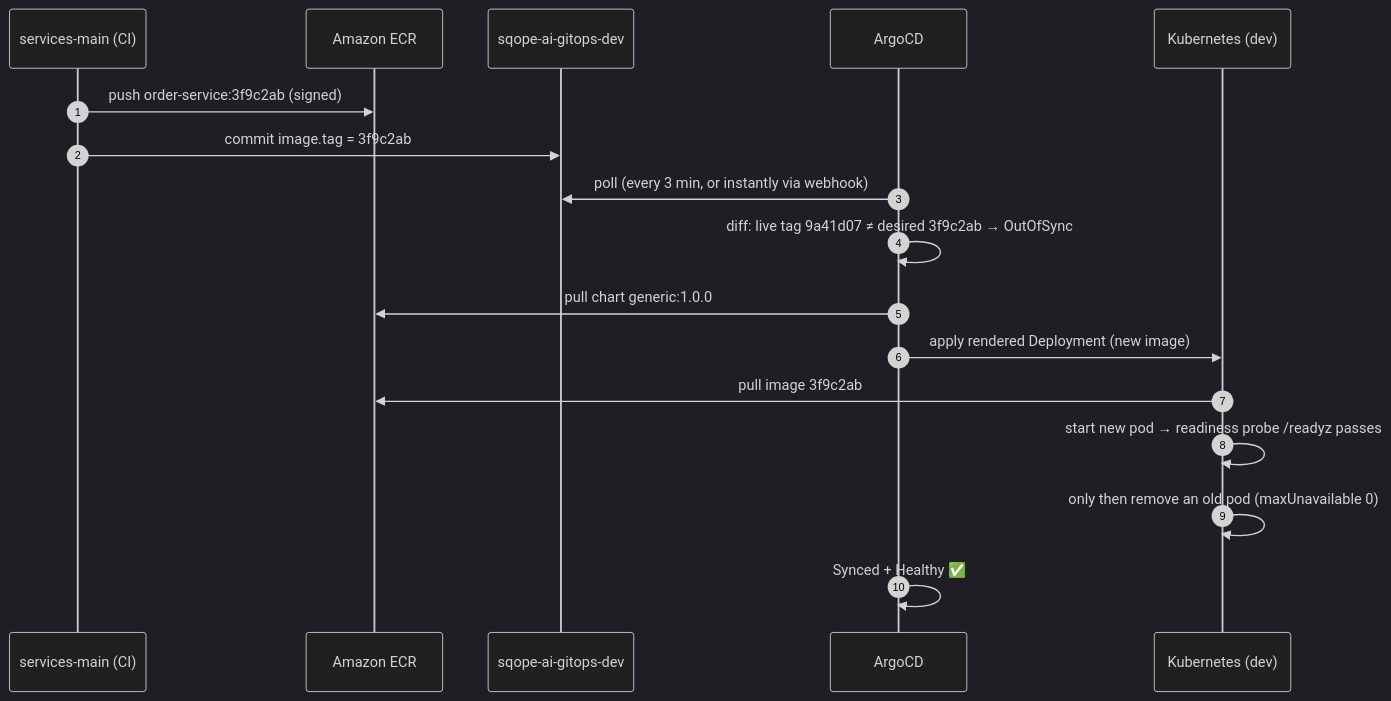
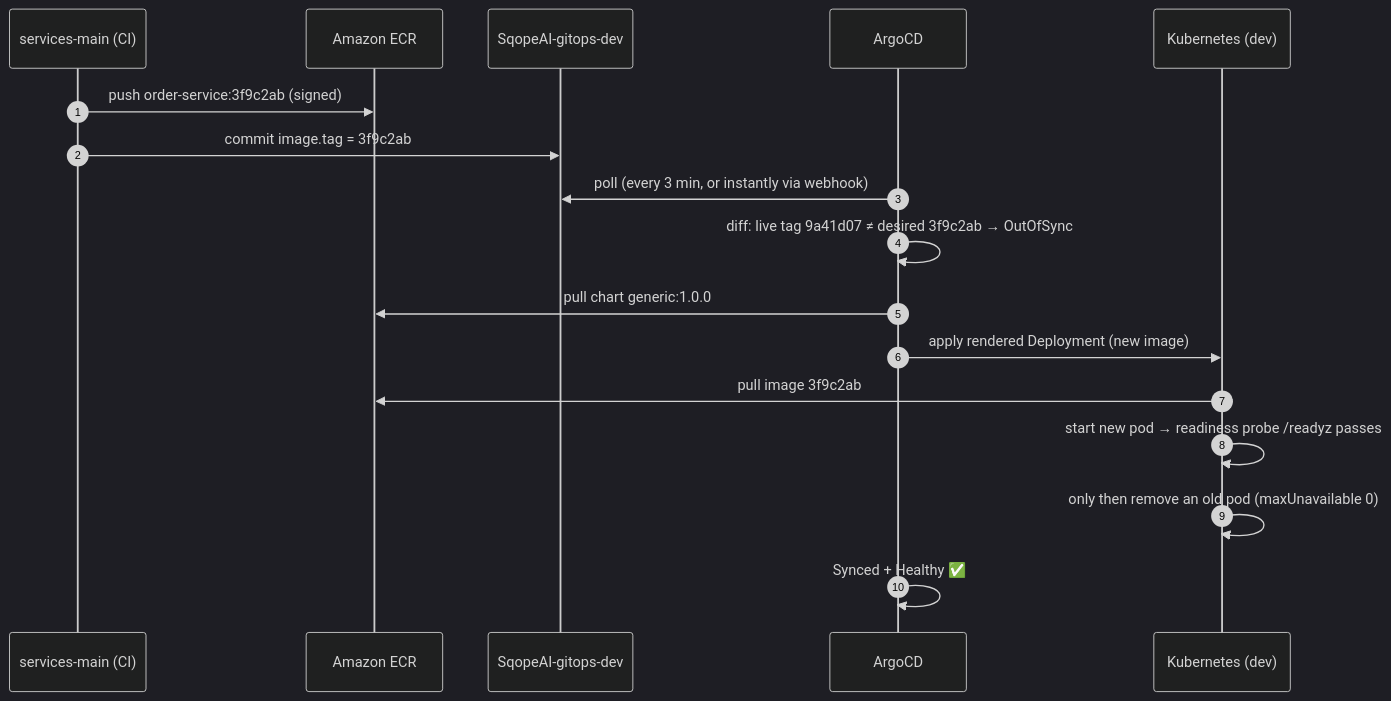
One commit to gologolo24/SqopeAI changed the fifth of 6 diagrams in README-CICD.md. Above: the diagram before and after it, drawn with Mermaid (dark theme). The commit also changed other lines of this file and 8 other files, not shown here.

First line of the commit message:
chore: rename repos to SqopeAI-infra and SqopeAI-gitops-dev

````diff
--- a/README-CICD.md
+++ b/README-CICD.md
@@ -286,19 +286,19 @@
 ```mermaid
 sequenceDiagram
     autonumber
     participant CI as services-main (CI)
     participant ECR as Amazon ECR
-    participant Git as sqope-ai-gitops-dev
+    participant Git as SqopeAI-gitops-dev
     participant Argo as ArgoCD
     participant K8s as Kubernetes (dev)
     CI->>ECR: push order-service:3f9c2ab (signed)
     CI->>Git: commit image.tag = 3f9c2ab
     Argo->>Git: poll (every 3 min, or instantly via webhook)
     Argo->>Argo: diff: live tag 9a41d07 ≠ desired 3f9c2ab → OutOfSync
     Argo->>ECR: pull chart generic:1.0.0
     Argo->>K8s: apply rendered Deployment (new image)
     K8s->>ECR: pull image 3f9c2ab
     K8s->>K8s: start new pod → readiness probe /readyz passes
     K8s->>K8s: only then remove an old pod (maxUnavailable 0)
     Argo->>Argo: Synced + Healthy ✅
 ```
````
